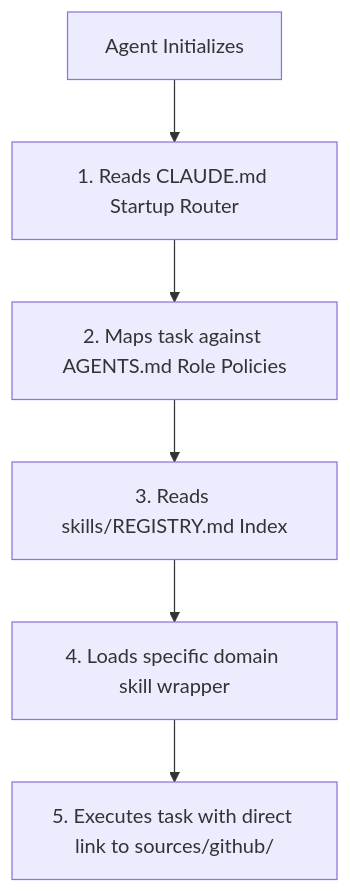
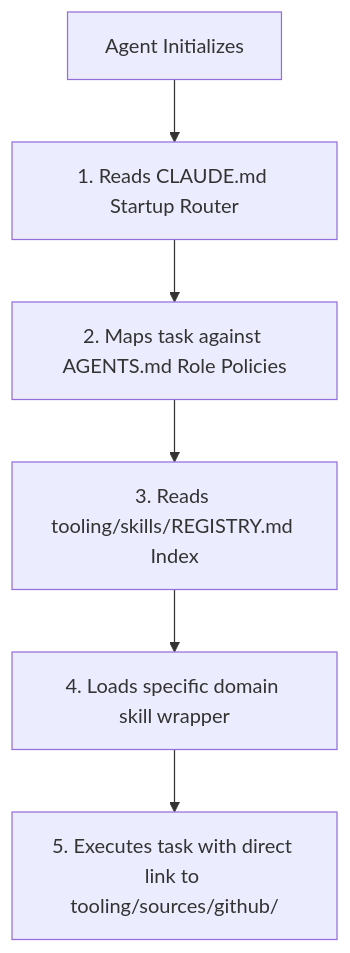
The diagram in README.md (TranNgocHien278/Agent-skill-setup), drawn with Mermaid before and after one commit. The commit also changed other lines of this file and 128 other files, not shown here.

````diff
--- a/README.md
+++ b/README.md
@@ -64,8 +65,8 @@
 ```mermaid
 graph TD
     Start[Agent Initializes] --> ReadRouter[1. Reads CLAUDE.md Startup Router]
     ReadRouter --> RoleCheck[2. Maps task against AGENTS.md Role Policies]
-    RoleCheck --> LoadRegistry[3. Reads skills/REGISTRY.md Index]
+    RoleCheck --> LoadRegistry[3. Reads tooling/skills/REGISTRY.md Index]
     LoadRegistry --> TargetSkill[4. Loads specific domain skill wrapper]
-    TargetSkill --> Execute[5. Executes task with direct link to sources/github/]
+    TargetSkill --> Execute[5. Executes task with direct link to tooling/sources/github/]
 ```
````
